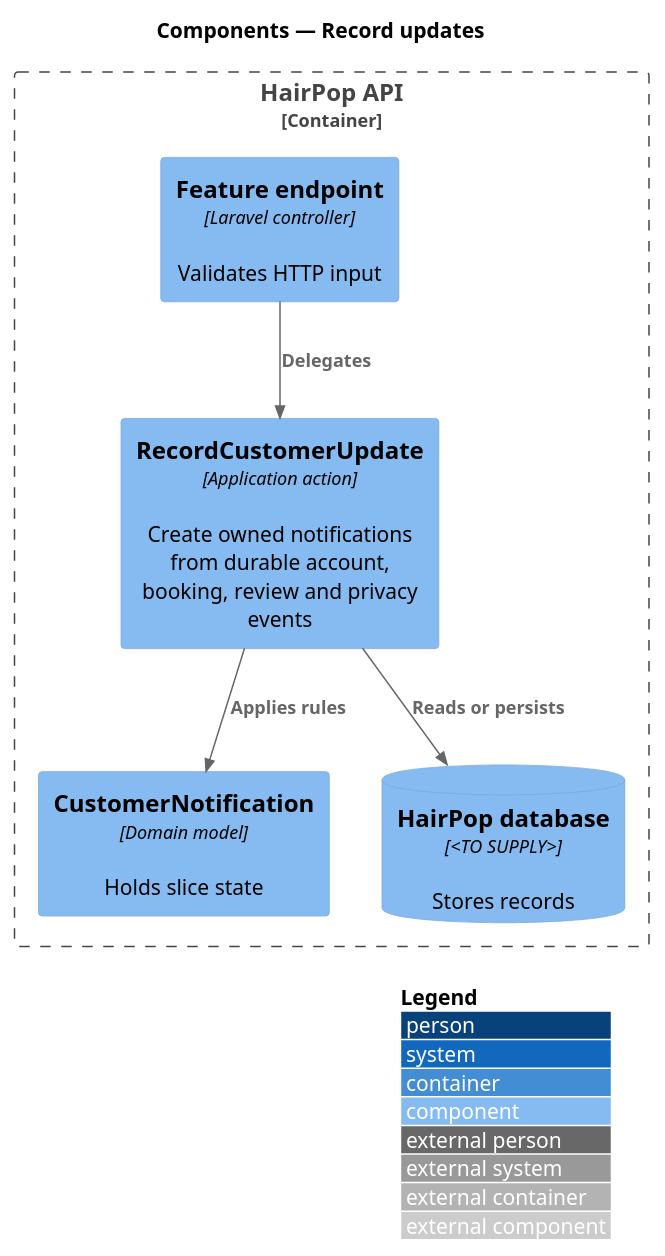
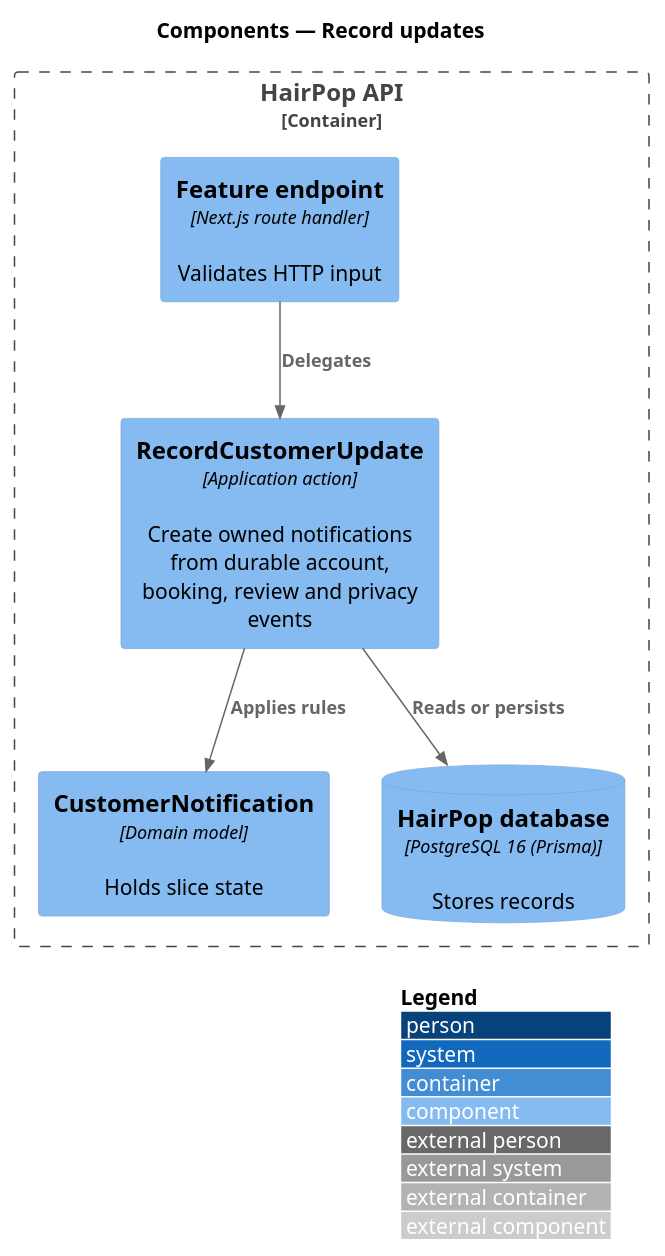
One commit to QuinntyneBrown/HairPop changed the diagram in docs/detailed-designs/notifications/record-updates/diagrams/c4-component.puml. Above: the diagram before and after it, drawn with PlantUML. The commit also changed 159 other files, not shown here.

First line of the commit message:
docs: plan the backend on Node.js, Next.js, PostgreSQL and Prisma

```diff
--- a/docs/detailed-designs/notifications/record-updates/diagrams/c4-component.puml
+++ b/docs/detailed-designs/notifications/record-updates/diagrams/c4-component.puml
@@ -1,14 +1,14 @@
 @startuml
 !include <C4/C4_Component>
 LAYOUT_WITH_LEGEND()
 title Components — Record updates
 Container_Boundary(api, "HairPop API") {
-  Component(endpoint, "Feature endpoint", "Laravel controller", "Validates HTTP input")
+  Component(endpoint, "Feature endpoint", "Next.js route handler", "Validates HTTP input")
   Component(action, "RecordCustomerUpdate", "Application action", "Create owned notifications from durable account, booking, review and privacy events")
   Component(model, "CustomerNotification", "Domain model", "Holds slice state")
-  ComponentDb(db, "HairPop database", "<TO SUPPLY>", "Stores records")
+  ComponentDb(db, "HairPop database", "PostgreSQL 16 (Prisma)", "Stores records")
 }
 Rel(endpoint, action, "Delegates")
 Rel(action, model, "Applies rules")
 Rel(action, db, "Reads or persists")
 @enduml
```
